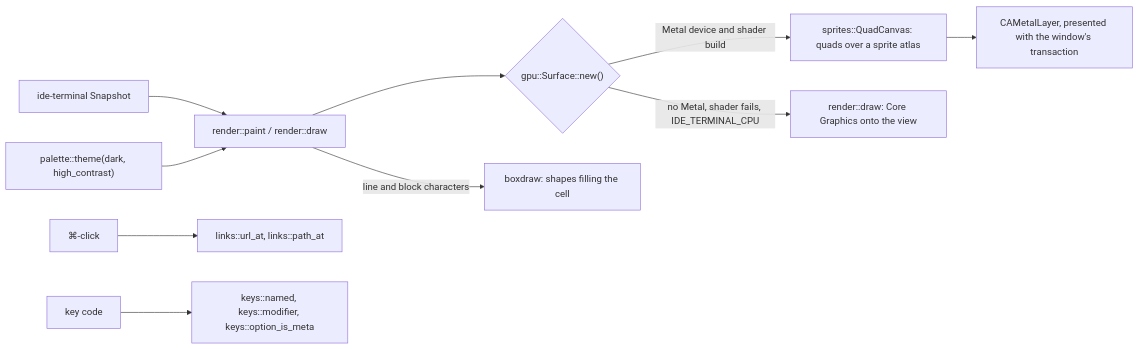
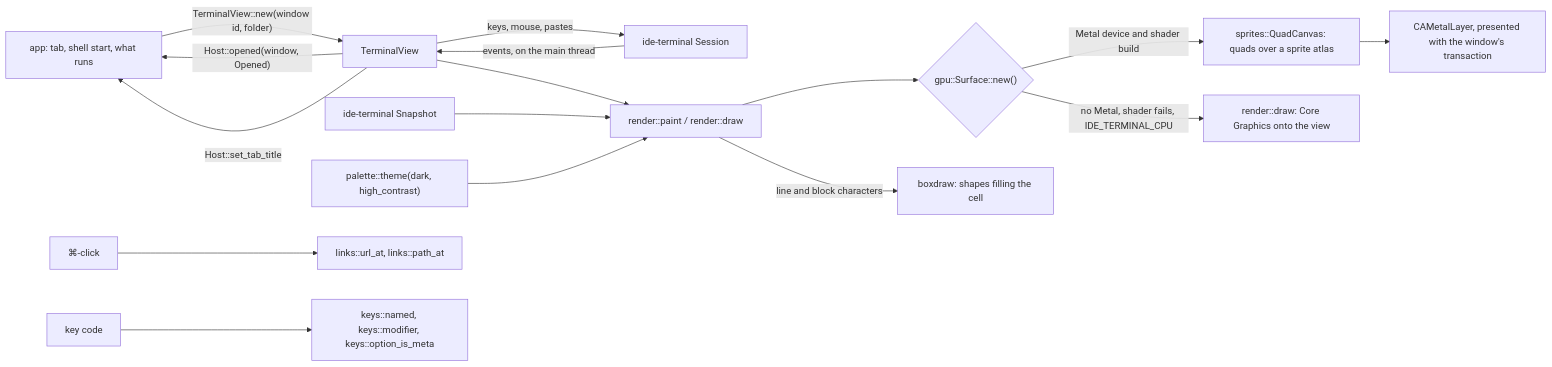
Before and after one commit to sventmueller/dango: the diagram in crates/ide-ui-terminal/README.md, drawn with Mermaid. The commit also changed other lines of this file and 77 other files, not shown here.

First line of the commit message:
Move the browser, the terminal's view and dictation into their own crates (E99)

````diff
--- a/crates/ide-ui-terminal/README.md
+++ b/crates/ide-ui-terminal/README.md
@@ -9,12 +15,18 @@
 ```mermaid
 flowchart LR
-    snapshot["ide-terminal Snapshot"] --> paint["render::paint / render::draw"]
+    app["app: tab, shell start, what runs"] -->|"TerminalView::new(window id, folder)"| view["TerminalView"]
+    view -->|"Host::opened(window, Opened)"| app
+    view -->|"Host::set_tab_title"| app
+    session["ide-terminal Session"] -->|"events, on the main thread"| view
+    view -->|"keys, mouse, pastes"| session
+    view --> paint["render::paint / render::draw"]
+    snapshot["ide-terminal Snapshot"] --> paint
     theme["palette::theme(dark, high_contrast)"] --> paint
     paint --> gpu{"gpu::Surface::new()"}
     gpu -->|"Metal device and shader build"| quads["sprites::QuadCanvas: quads over a sprite atlas"]
     quads --> layer["CAMetalLayer, presented with the window's transaction"]
     gpu -->|"no Metal, shader fails, IDE_TERMINAL_CPU"| cg["render::draw: Core Graphics onto the view"]
     paint -->|"line and block characters"| boxdraw["boxdraw: shapes filling the cell"]
     click["⌘-click"] --> links["links::url_at, links::path_at"]
     key["key code"] --> keys["keys::named, keys::modifier, keys::option_is_meta"]
 ```
````
